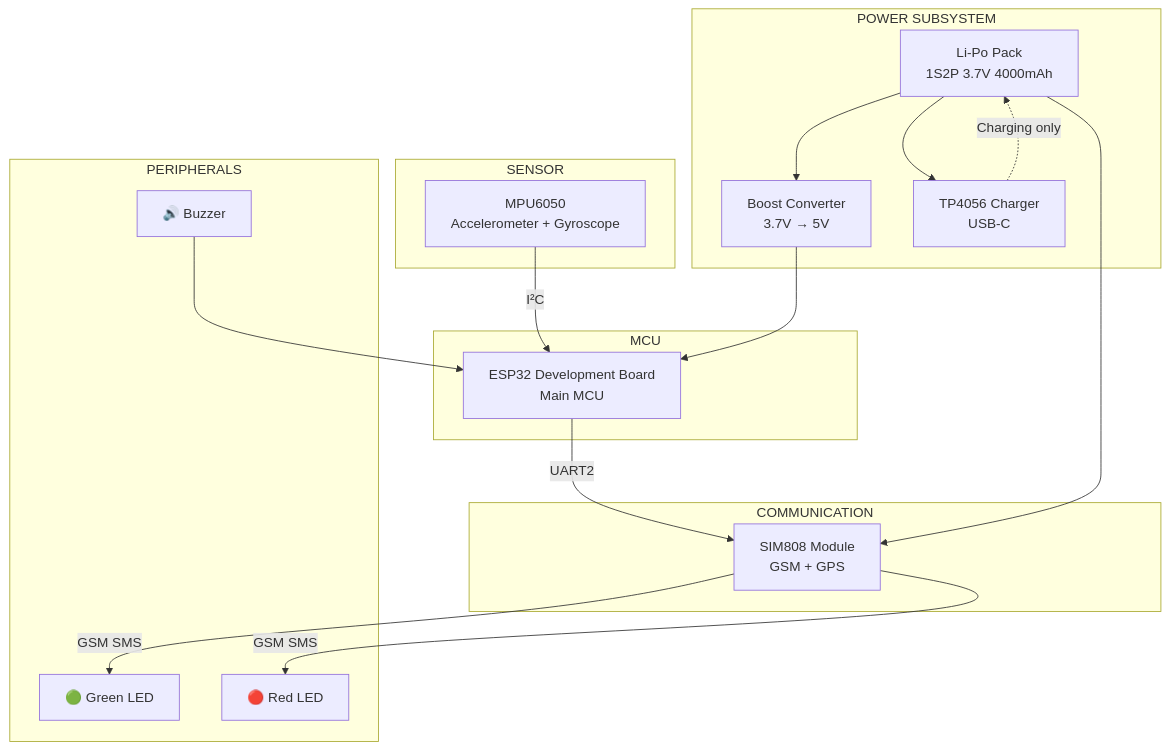
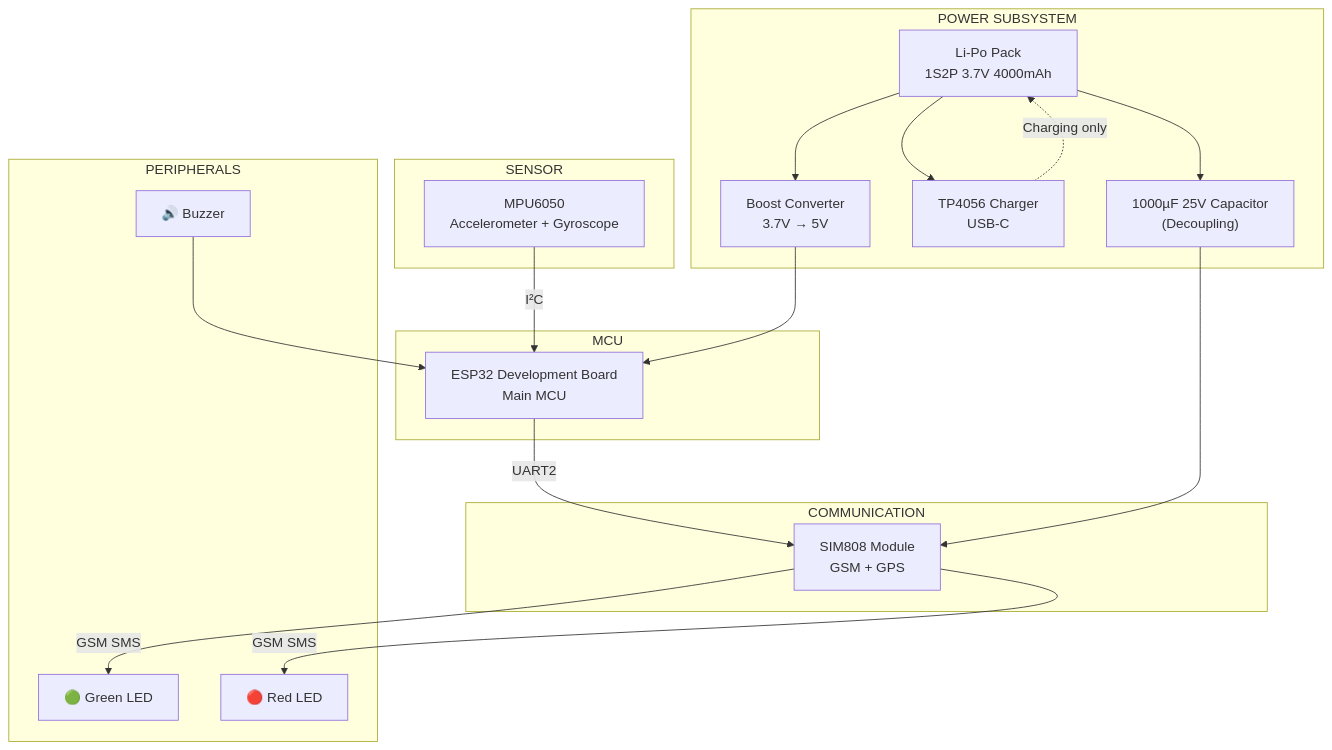
Before and after one commit to qppd/smart-vehicle-impact-detection-device: the first of 6 diagrams in docs/BLOCK-DIAGRAM.md, drawn with Mermaid. The commit also changed other lines of this file and 2 other files, not shown here.

Commit message:
Update diagrams to show 1000uF capacitor at SIM808 power input

````diff
--- a/docs/BLOCK-DIAGRAM.md
+++ b/docs/BLOCK-DIAGRAM.md
@@ -8,37 +8,39 @@
 ```mermaid
 graph TB
     subgraph SENSOR["SENSOR"]
         MPU6050["MPU6050<br/>Accelerometer + Gyroscope"]
     end
 
     subgraph MCU["MCU"]
         ESP32["ESP32 Development Board<br/>Main MCU"]
     end
 
     subgraph COMM["COMMUNICATION"]
         SIM808["SIM808 Module<br/>GSM + GPS"]
     end
 
     subgraph PERIPH["PERIPHERALS"]
         GREEN["🟢 Green LED"]
         RED["🔴 Red LED"]
         BUZZ["🔊 Buzzer"]
     end
 
     subgraph POWER["POWER SUBSYSTEM"]
         BAT["Li-Po Pack<br/>1S2P 3.7V 4000mAh"]
         BOOST["Boost Converter<br/>3.7V → 5V"]
         TP4056["TP4056 Charger<br/>USB-C"]
+        CAP["1000µF 25V Capacitor<br/>(Decoupling)"]
     end
 
     MPU6050 -- "I²C" --> ESP32
     ESP32 -- "UART2" --> SIM808
     SIM808 -- "GSM SMS" --> GREEN
     SIM808 -- "GSM SMS" --> RED
     BUZZ --> ESP32
     BAT --> BOOST
     BAT --> TP4056
-    BAT --> SIM808
+    BAT --> CAP
+    CAP --> SIM808
     BOOST --> ESP32
     TP4056 -. "Charging only" .-> BAT
 ```
````
